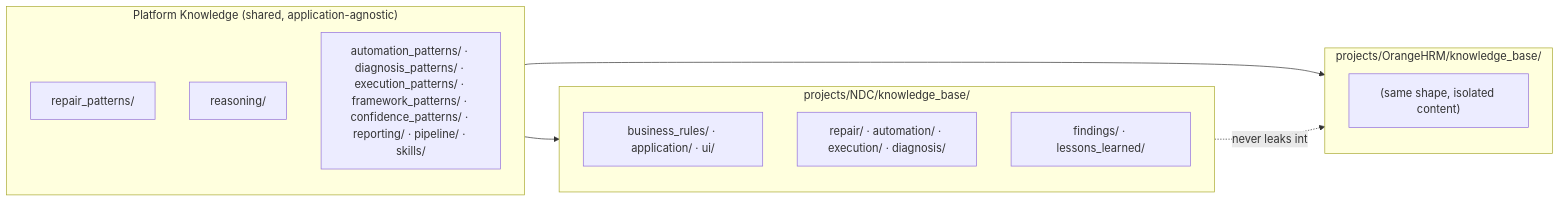
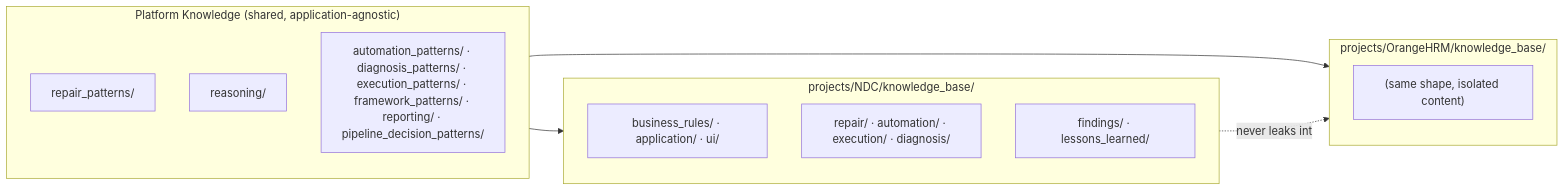
The eighth of 10 diagrams in README.md (HusseinAtaHussein1/AISeatMap), drawn with Mermaid before and after one commit. The commit also changed other lines of this file and 160 other files, not shown here.

````diff
--- a/README.md
+++ b/README.md
@@ -554,20 +556,20 @@
 ```mermaid
 flowchart LR
     subgraph Platform["Platform Knowledge (shared, application-agnostic)"]
         RP["repair_patterns/"]
         RS["reasoning/"]
-        OTH["automation_patterns/ · diagnosis_patterns/ · execution_patterns/ · framework_patterns/ · confidence_patterns/ · reporting/ · pipeline/ · skills/"]
+        OTH["automation_patterns/ · diagnosis_patterns/ · execution_patterns/ · framework_patterns/ · reporting/ · pipeline_decision_patterns/"]
     end
     subgraph ProjA["projects/NDC/knowledge_base/"]
         A1["business_rules/ · application/ · ui/"]
         A2["repair/ · automation/ · execution/ · diagnosis/"]
         A3["findings/ · lessons_learned/"]
     end
     subgraph ProjB["projects/OrangeHRM/knowledge_base/"]
         B1["(same shape, isolated content)"]
     end
 
     Platform --> ProjA
     Platform --> ProjB
     ProjA -.never leaks into.-> ProjB
 ```
````
